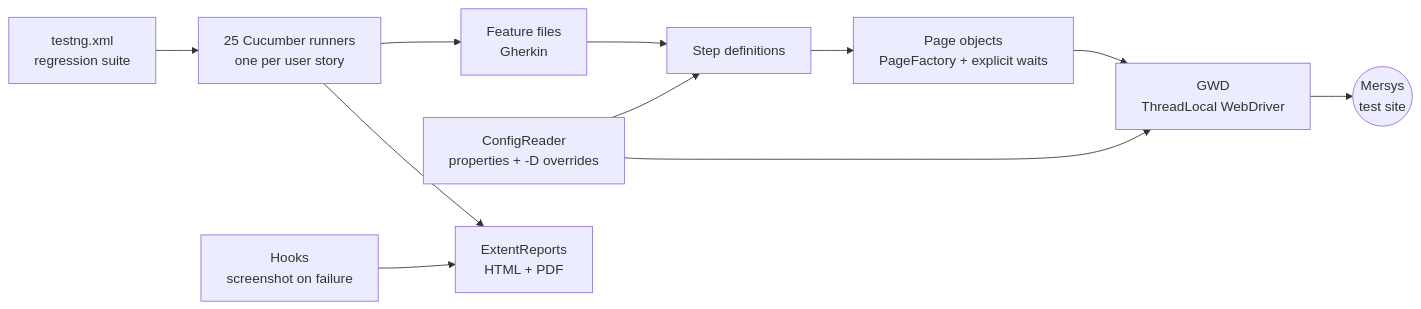
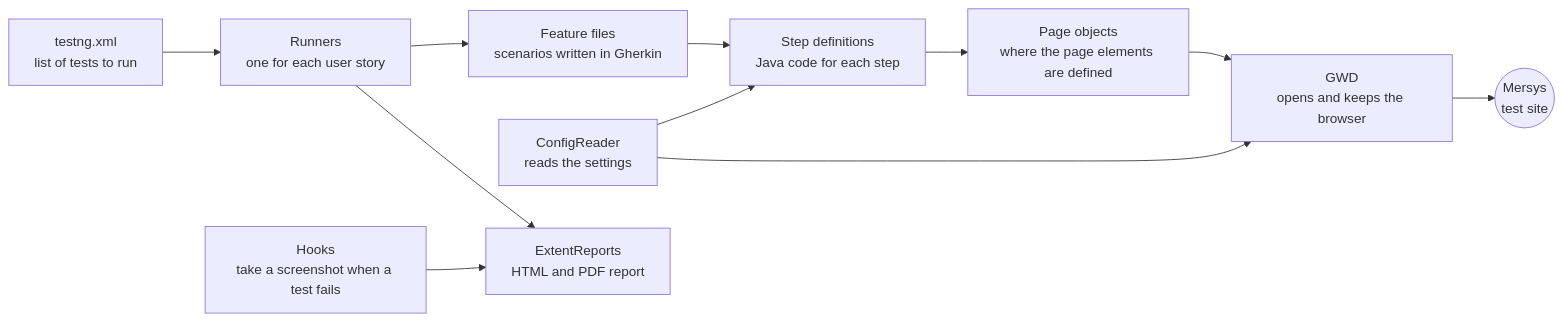
Before and after one commit to gamzeozakinci/MersysProject: the diagram in README.md, drawn with Mermaid. The commit also changed other lines of this file and 1 other file, not shown here.

Commit message:
Simplify ParentPage and the README

````diff
--- a/README.md
+++ b/README.md
@@ -53,13 +53,13 @@
 ```mermaid
 flowchart LR
-    suite["testng.xml<br/>regression suite"] --> runner["25 Cucumber runners<br/>one per user story"]
-    runner --> feature["Feature files<br/>Gherkin"]
-    feature --> steps["Step definitions"]
-    steps --> pages["Page objects<br/>PageFactory + explicit waits"]
-    pages --> driver["GWD<br/>ThreadLocal WebDriver"]
+    suite["testng.xml<br/>list of tests to run"] --> runner["Runners<br/>one for each user story"]
+    runner --> feature["Feature files<br/>scenarios written in Gherkin"]
+    feature --> steps["Step definitions<br/>Java code for each step"]
+    steps --> pages["Page objects<br/>where the page elements are defined"]
+    pages --> driver["GWD<br/>opens and keeps the browser"]
     driver --> app(("Mersys<br/>test site"))
-    config["ConfigReader<br/>properties + -D overrides"] --> driver
+    config["ConfigReader<br/>reads the settings"] --> driver
     config --> steps
-    runner --> report["ExtentReports<br/>HTML + PDF"]
-    hooks["Hooks<br/>screenshot on failure"] --> report
+    runner --> report["ExtentReports<br/>HTML and PDF report"]
+    hooks["Hooks<br/>take a screenshot when a test fails"] --> report
 ```
````
